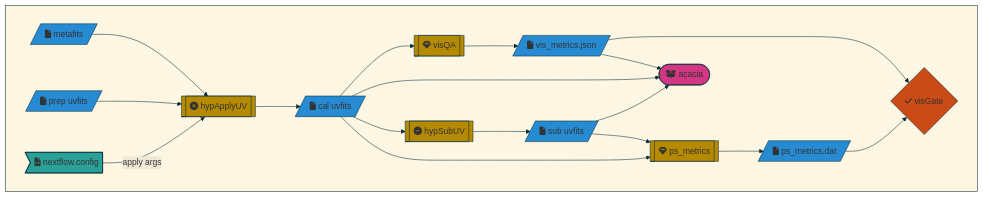
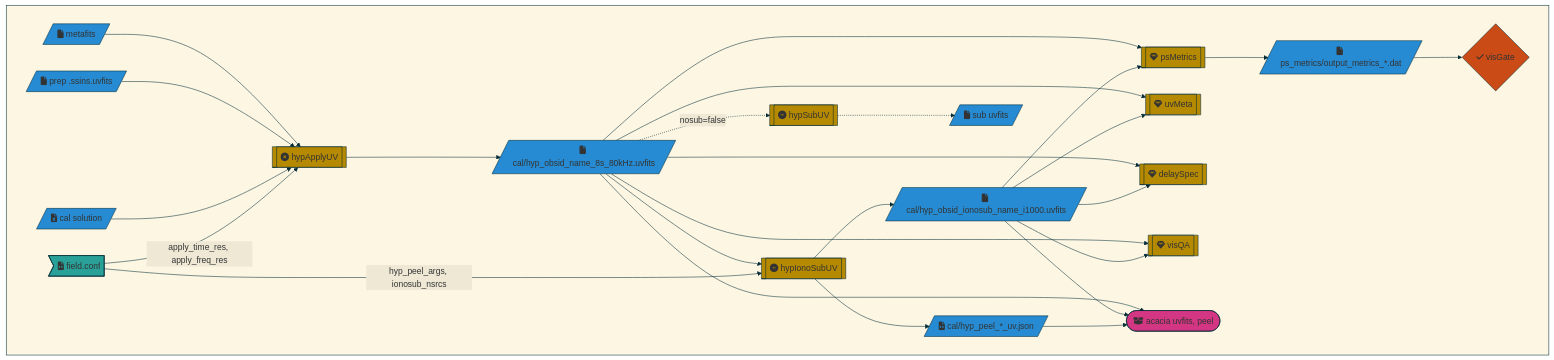
The fourth of 6 diagrams in README.md (MWATelescope/MWAEoR-Pipeline), drawn with Mermaid before and after one commit. The commit also changed other lines of this file and 2 other files, not shown here.

````diff
--- a/README.md
+++ b/README.md
@@ -126,33 +153,39 @@
 ```mermaid
 %%{init:{'theme':'base','themeVariables':{'primaryBorderColor':'#002b36','secondaryColor':'#eee8d5','tertiaryColor':'#fdf6e3','tertiaryBorderColor':'#002b36','lineColor':'#002b36','textColor':'#002b36'}}}%%
 graph TD;
   classDef in fill:#2aa198;
   classDef out fill:#d33682;
   classDef file fill:#268bd2;
   classDef proc fill:#b58900;
   classDef decision fill:#cb4b16;
 
   subgraph " "
-    metafits & prepUVFits --> hypApplyUV --> calUVFits
-    nfConfig --"apply args"--> hypApplyUV
-    calUVFits --> hypSubUV --> subUVFits
-    subUVFits & calUVFits --> psMetrics --> psMetricsDat
-    calUVFits --> visQA --> visMetricsJson
-    visMetricsJson & psMetricsDat --> visGate
-    visMetricsJson & calUVFits & subUVFits --> acaciaUVFits
+    metafits & ssinsUVFits & calSol --> hypApplyUV --> calUVFits
+    nfConfig --"apply_time_res, apply_freq_res"--> hypApplyUV
+    calUVFits --> hypIonoSubUV --> ionosubUVFits & peelJson
+    nfConfig --"hyp_peel_args, ionosub_nsrcs"--> hypIonoSubUV
+    calUVFits -."nosub=false".-> hypSubUV -.-> subUVFits
+    calUVFits & ionosubUVFits --> psMetrics --> psMetricsDat --> visGate
+    calUVFits & ionosubUVFits --> uvMeta & delaySpec & visQA
+    calUVFits & ionosubUVFits & peelJson --> acaciaUVFits
 
-    nfConfig>fa:fa-file-code nextflow.config ]; class nfConfig in
-    calUVFits[/fa:fa-file cal uvfits /]; class calUVFits file
+    nfConfig>fa:fa-file-code field.conf ]; class nfConfig in
+    calSol[/fa:fa-file-excel cal solution /]; class calSol file
+    calUVFits[/"fa:fa-file cal/hyp_obsid_name_8s_80kHz.uvfits"/]; class calUVFits file
     hypApplyUV[[fa:fa-times-circle hypApplyUV ]]; class hypApplyUV proc
     metafits[/fa:fa-file metafits /]; class metafits file
-    prepUVFits[/fa:fa-file prep uvfits /]; class prepUVFits file
+    ssinsUVFits[/fa:fa-file prep .ssins.uvfits /]; class ssinsUVFits file
+    ionosubUVFits[/"fa:fa-file cal/hyp_obsid_ionosub_name_i1000.uvfits"/]; class ionosubUVFits file
+    peelJson[/"fa:fa-file-code cal/hyp_peel_*_uv.json"/]; class peelJson file
+    hypIonoSubUV[[fa:fa-minus-circle hypIonoSubUV ]]; class hypIonoSubUV proc
     subUVFits[/fa:fa-file sub uvfits /]; class subUVFits file
     hypSubUV[[fa:fa-minus-circle hypSubUV ]]; class hypSubUV proc
-    psMetricsDat[/fa:fa-file ps_metrics.dat /]; class psMetricsDat file
-    psMetrics[[fa:fa-gem ps_metrics ]]; class psMetrics proc;
-    visMetricsJson[/fa:fa-file vis_metrics.json /]; class visMetricsJson file
+    psMetricsDat[/"fa:fa-file ps_metrics/output_metrics_*.dat"/]; class psMetricsDat file
+    psMetrics[[fa:fa-gem psMetrics ]]; class psMetrics proc;
+    uvMeta[[fa:fa-gem uvMeta ]]; class uvMeta proc;
+    delaySpec[[fa:fa-gem delaySpec ]]; class delaySpec proc;
     visQA[[fa:fa-gem visQA ]]; class visQA proc;
     visGate{fa:fa-check visGate }; class visGate decision;
-    acaciaUVFits([fa:fa-box-open acacia ]); class acaciaUVFits out
+    acaciaUVFits(["fa:fa-box-open acacia uvfits, peel"]); class acaciaUVFits out
   end
 ```
````
